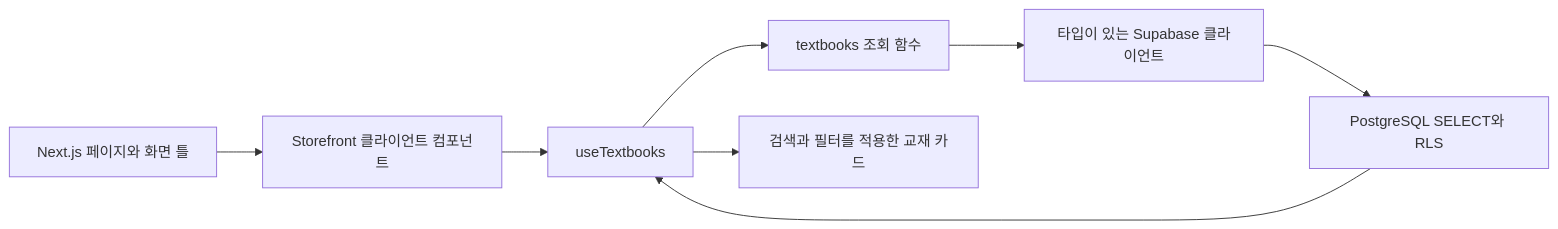
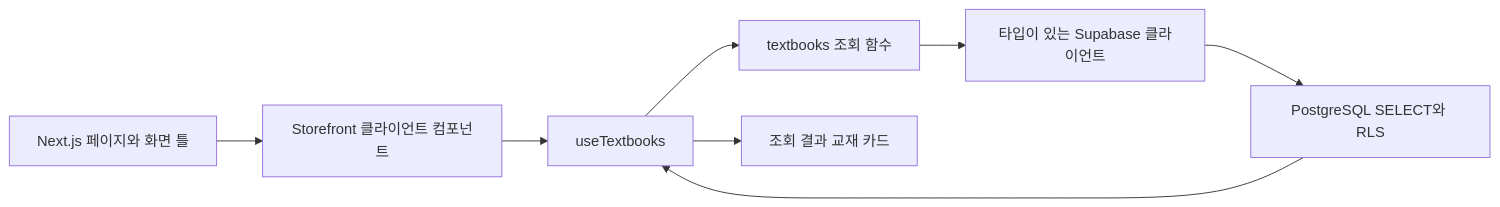
One commit to torisKR/auraworks_assignment changed the diagram in README.md. Above: the diagram before and after it, drawn with Mermaid. The commit also changed other lines of this file and 6 other files, not shown here.

````diff
--- a/README.md
+++ b/README.md
@@ -64,10 +66,10 @@
 ```mermaid
 flowchart LR
   Page[Next.js 페이지와 화면 틀] --> Store[Storefront 클라이언트 컴포넌트]
   Store --> Hook[useTextbooks]
   Hook --> Query[textbooks 조회 함수]
   Query --> Client[타입이 있는 Supabase 클라이언트]
   Client --> RLS[PostgreSQL SELECT와 RLS]
   RLS --> Hook
-  Hook --> Cards[검색과 필터를 적용한 교재 카드]
+  Hook --> Cards[조회 결과 교재 카드]
 ```
````
